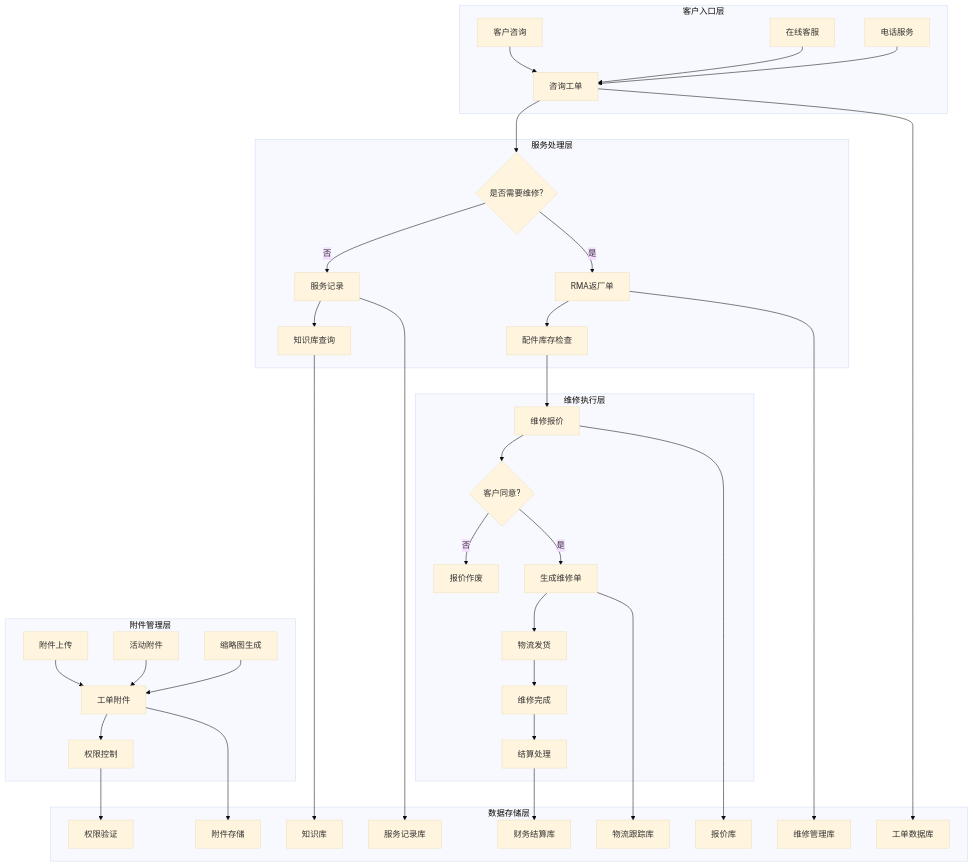
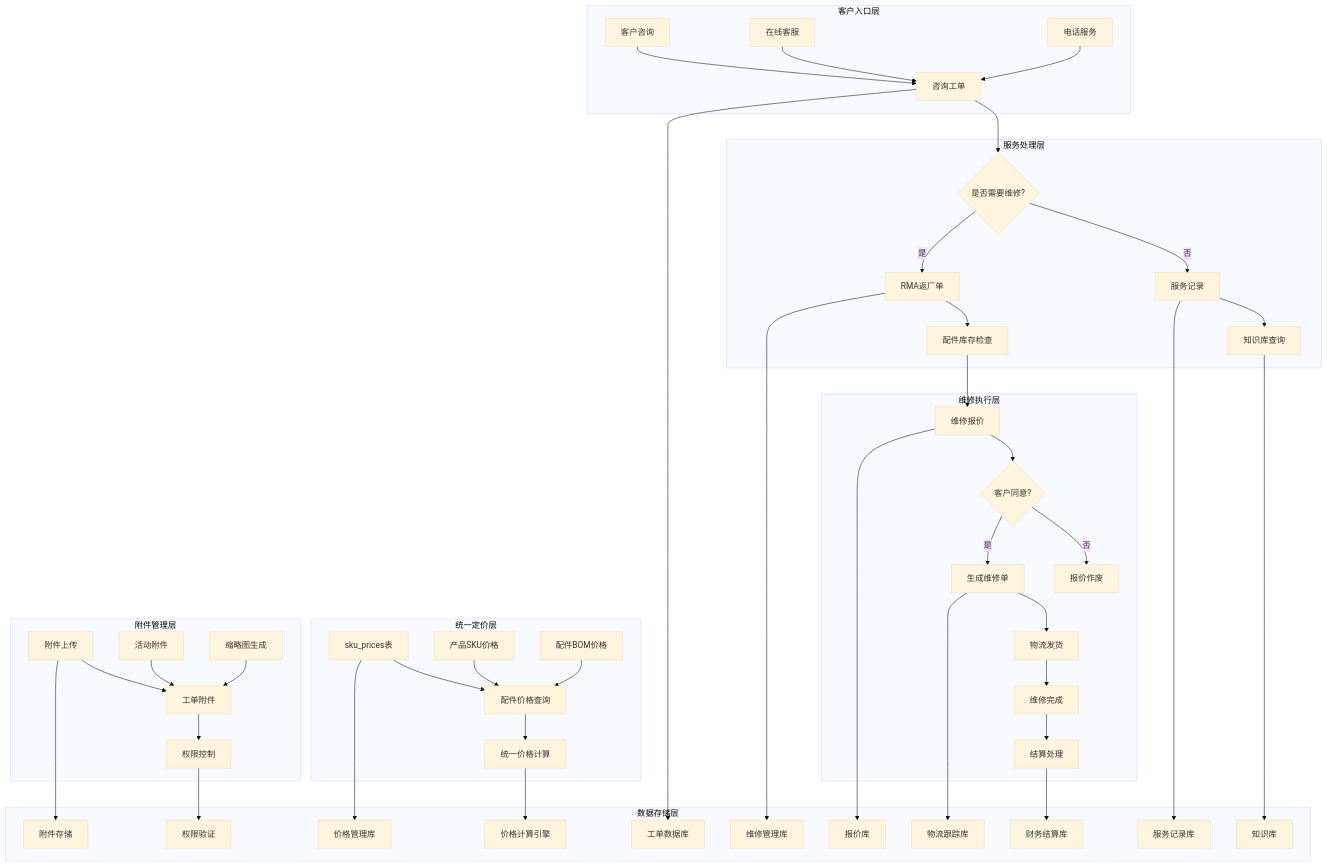
Before and after one commit to CubeEdge/Longhorn: the third of 5 diagrams in .qoder/repowiki/zh/content/Service Data Model Documentation.md, drawn with Mermaid (base theme). The commit also changed other lines of this file and 53 other files, not shown here.

````diff
--- a/.qoder/repowiki/zh/content/Service Data Model Documentation.md
+++ b/.qoder/repowiki/zh/content/Service Data Model Documentation.md
@@ -373,41 +416,49 @@
 ```mermaid
 flowchart TD
 subgraph "客户入口层"
 A[客户咨询] --> B[咨询工单]
 C[在线客服] --> B
 D[电话服务] --> B
 end
 subgraph "服务处理层"
 B --> E{是否需要维修?}
 E --> |否| F[服务记录]
 E --> |是| G[RMA返厂单]
 F --> H[知识库查询]
 G --> I[配件库存检查]
 end
 subgraph "维修执行层"
 I --> J[维修报价]
 J --> K{客户同意?}
 K --> |否| L[报价作废]
 K --> |是| M[生成维修单]
 M --> N[物流发货]
 N --> O[维修完成]
 O --> P[结算处理]
 end
+subgraph "统一定价层"
+Q[sku_prices表] --> R[配件价格查询]
+S[产品SKU价格] --> R
+T[配件BOM价格] --> R
+R --> U[统一价格计算]
+end
 subgraph "附件管理层"
-Q[附件上传] --> R[工单附件]
-S[活动附件] --> R
-T[缩略图生成] --> R
-R --> U[权限控制]
+V[附件上传] --> W[工单附件]
+X[活动附件] --> W
+Y[缩略图生成] --> W
+W --> Z[权限控制]
 end
 subgraph "数据存储层"
-B --> V[工单数据库]
-F --> W[服务记录库]
-G --> X[维修管理库]
-H --> Y[知识库]
-J --> Z[报价库]
-M --> AA[物流跟踪库]
-P --> AB[财务结算库]
-R --> AC[附件存储]
-U --> AD[权限验证]
+B --> AA[工单数据库]
+F --> AB[服务记录库]
+G --> AC[维修管理库]
+H --> AD[知识库]
+J --> AE[报价库]
+M --> AF[物流跟踪库]
+P --> AG[财务结算库]
+Q --> AH[价格管理库]
+V --> AI[附件存储]
+Z --> AJ[权限验证]
+U --> AK[价格计算引擎]
 end
 ```
````
